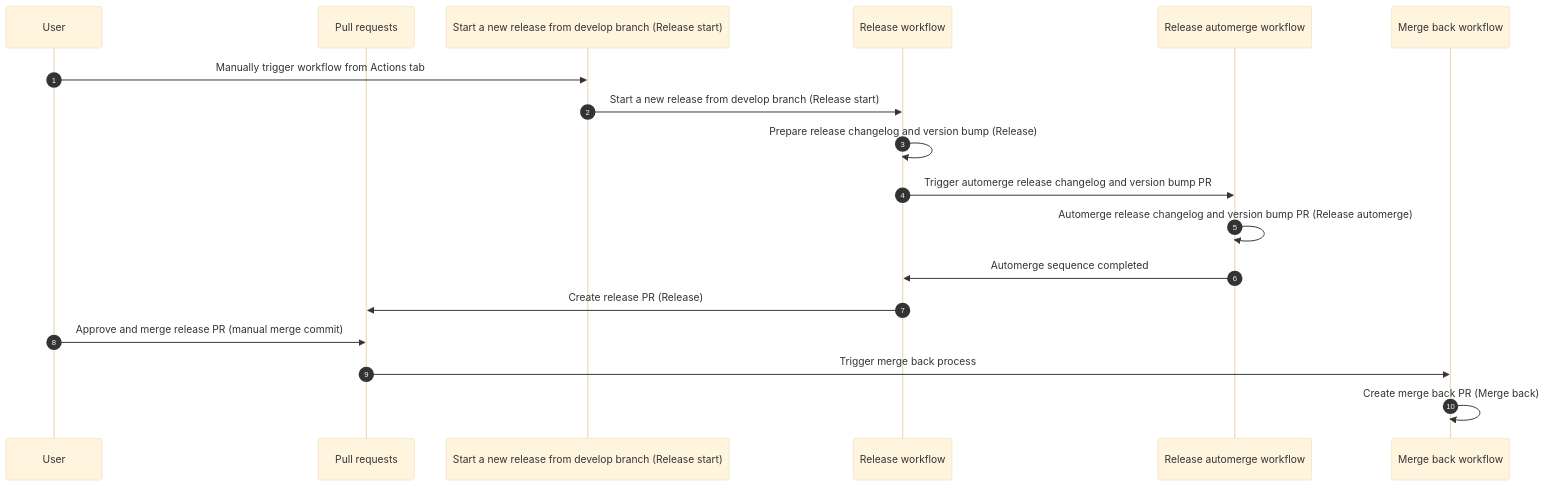
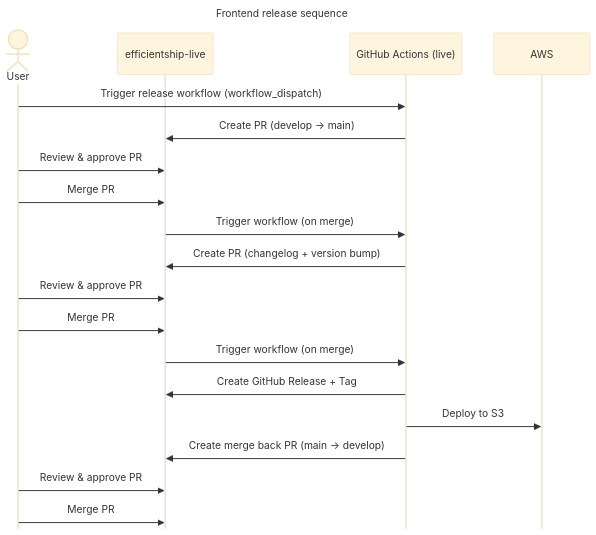
The first of 4 diagrams in README.md (dev-seb/github-action-test-backend), drawn with Mermaid (base theme) before and after one commit. The commit also changed other lines of this file and 6 other files, not shown here.

````diff
--- a/README.md
+++ b/README.md
@@ -27,21 +17,40 @@
 ```mermaid
+---
+title: Frontend release sequence
+config:
+  mirrorActors: false
+---
 sequenceDiagram
-	 autonumber
-	 participant U as User
-	 participant PR as Pull requests
-	 participant RS as Start a new release from develop branch (Release start)
-	 participant R as Release workflow
-	 participant RA as Release automerge workflow
-	 participant MB as Merge back workflow
+    actor User
+    participant Live as efficientship-live
+    participant GA_Live as GitHub Actions (live)
+    participant AWS
 
-	 U->>RS: Manually trigger workflow from Actions tab
-	 RS->>R: Start a new release from develop branch (Release start)
-	 R->>R: Prepare release changelog and version bump (Release)
-	 R->>RA: Trigger automerge release changelog and version bump PR
-	 RA->>RA: Automerge release changelog and version bump PR (Release automerge)
-	 RA->>R: Automerge sequence completed
-	 R->>PR: Create release PR (Release)
-	 U->>PR: Approve and merge release PR (manual merge commit)
-	 PR->>MB: Trigger merge back process
-	 MB->>MB: Create merge back PR (Merge back)
+    %% Start release
+    User->>GA_Live: Trigger release workflow (workflow_dispatch)
+    GA_Live->>Live: Create PR (develop → main)
+
+    %% First PR
+    User->>Live: Review & approve PR
+    User->>Live: Merge PR
+
+    %% Versioning PR
+    Live->>GA_Live: Trigger workflow (on merge)
+    GA_Live->>Live: Create PR (changelog + version bump)
+
+    User->>Live: Review & approve PR
+    User->>Live: Merge PR
+
+    %% Release
+    Live->>GA_Live: Trigger workflow (on merge)
+    GA_Live->>Live: Create GitHub Release + Tag
+
+    %% Build & deploy
+    GA_Live->>AWS: Deploy to S3
+
+    %% Merge back PR
+    GA_Live->>Live: Create merge back PR (main → develop)
+
+    User->>Live: Review & approve PR
+    User->>Live: Merge PR
 ```
````
